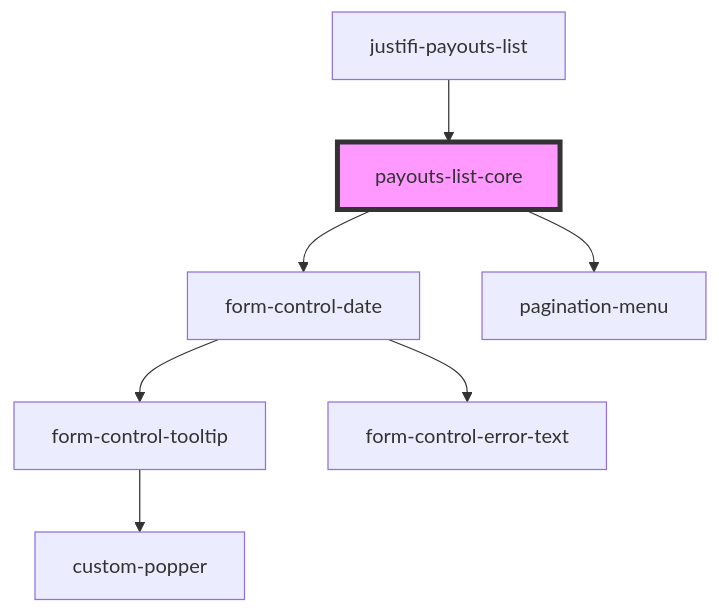
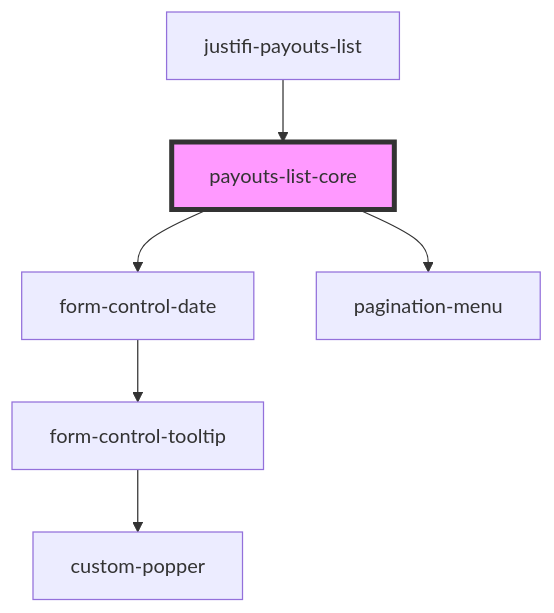
One commit to justifi-tech/web-component-library changed the diagram in packages/webcomponents/src/components/payouts-list/readme.md. Above: the diagram before and after it, drawn with Mermaid. The commit also changed other lines of this file and 23 other files, not shown here.

````diff
--- a/packages/webcomponents/src/components/payouts-list/readme.md
+++ b/packages/webcomponents/src/components/payouts-list/readme.md
@@ -49,10 +51,9 @@
 ```mermaid
 graph TD;
   payouts-list-core --> form-control-date
   payouts-list-core --> pagination-menu
   form-control-date --> form-control-tooltip
-  form-control-date --> form-control-error-text
   form-control-tooltip --> custom-popper
   justifi-payouts-list --> payouts-list-core
   style payouts-list-core fill:#f9f,stroke:#333,stroke-width:4px
 ```
````
